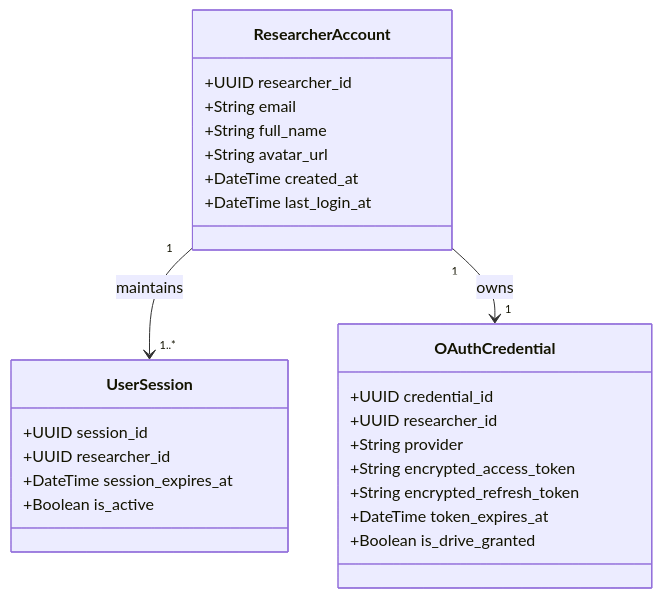
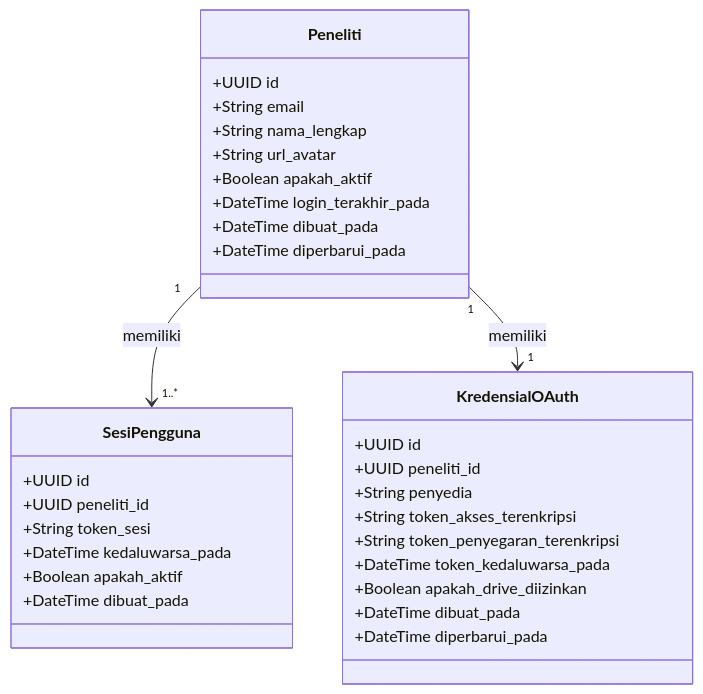
Before and after one commit to Gzaa19/Telaah: the third of 3 diagrams in specs/001-google-oauth-login/spec.md, drawn with Mermaid. The commit also changed other lines of this file and 15 other files, not shown here.

````diff
--- a/specs/001-google-oauth-login/spec.md
+++ b/specs/001-google-oauth-login/spec.md
@@ -121,31 +121,37 @@
 ```mermaid
 classDiagram
-    class ResearcherAccount {
-        +UUID researcher_id
+    class Peneliti {
+        +UUID id
         +String email
-        +String full_name
-        +String avatar_url
-        +DateTime created_at
-        +DateTime last_login_at
+        +String nama_lengkap
+        +String url_avatar
+        +Boolean apakah_aktif
+        +DateTime login_terakhir_pada
+        +DateTime dibuat_pada
+        +DateTime diperbarui_pada
     }
 
-    class UserSession {
-        +UUID session_id
-        +UUID researcher_id
-        +DateTime session_expires_at
-        +Boolean is_active
+    class SesiPengguna {
+        +UUID id
+        +UUID peneliti_id
+        +String token_sesi
+        +DateTime kedaluwarsa_pada
+        +Boolean apakah_aktif
+        +DateTime dibuat_pada
     }
 
-    class OAuthCredential {
-        +UUID credential_id
-        +UUID researcher_id
-        +String provider
-        +String encrypted_access_token
-        +String encrypted_refresh_token
-        +DateTime token_expires_at
-        +Boolean is_drive_granted
+    class KredensialOAuth {
+        +UUID id
+        +UUID peneliti_id
+        +String penyedia
+        +String token_akses_terenkripsi
+        +String token_penyegaran_terenkripsi
+        +DateTime token_kedaluwarsa_pada
+        +Boolean apakah_drive_diizinkan
+        +DateTime dibuat_pada
+        +DateTime diperbarui_pada
     }
 
-    ResearcherAccount "1" --> "1..*" UserSession : maintains
-    ResearcherAccount "1" --> "1" OAuthCredential : owns
+    Peneliti "1" --> "1..*" SesiPengguna : memiliki
+    Peneliti "1" --> "1" KredensialOAuth : memiliki
 ```
````
